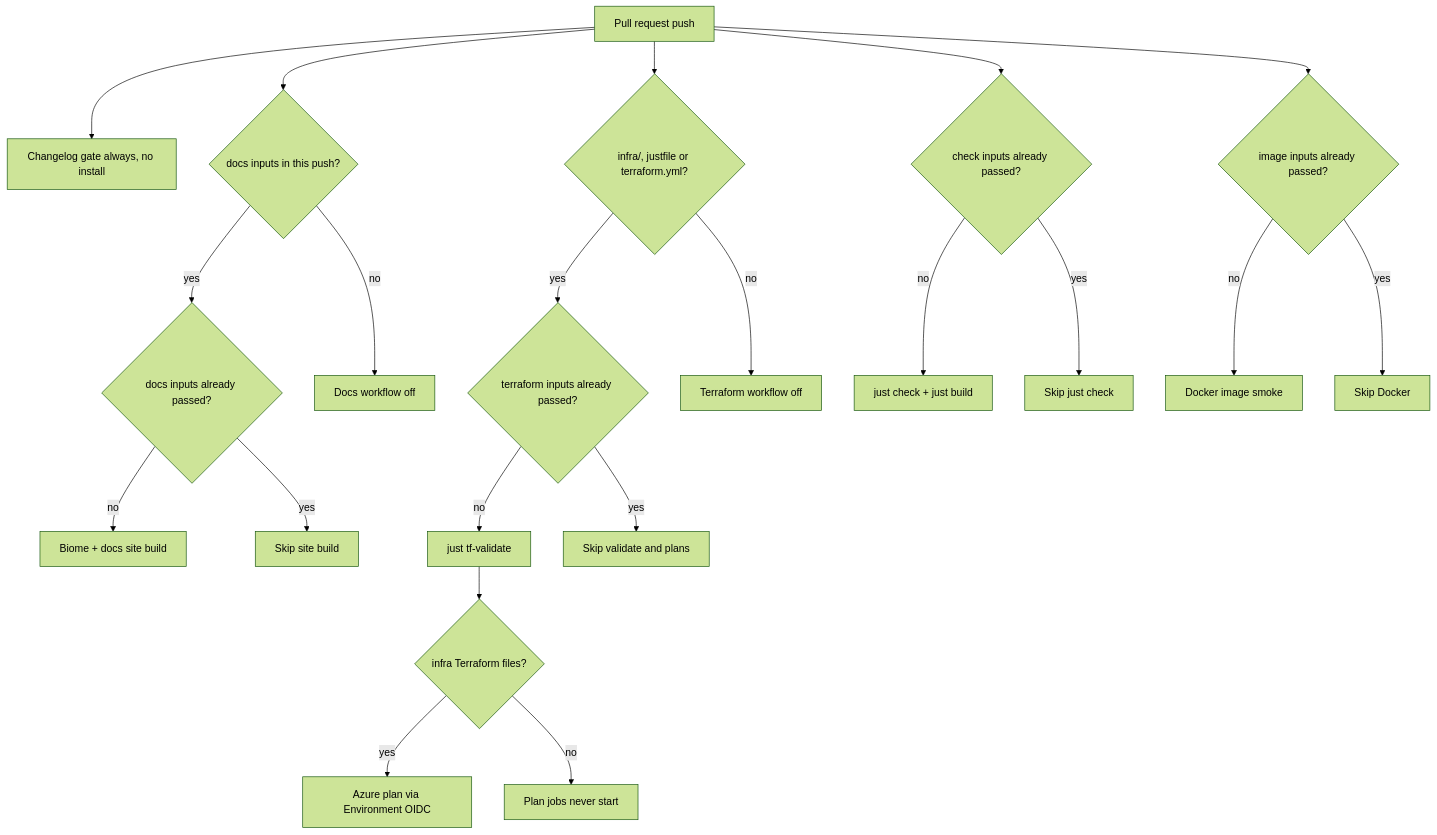
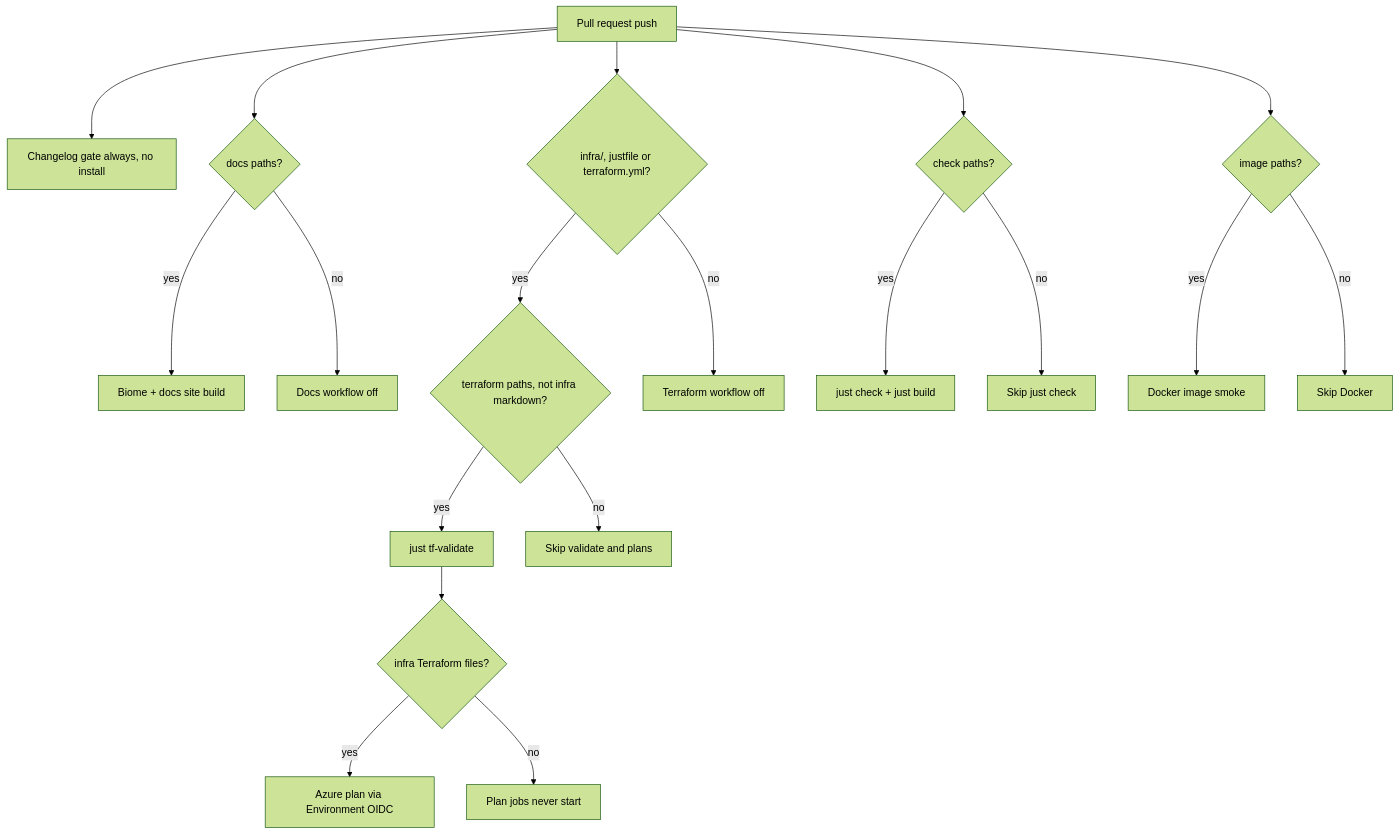
Before and after one commit to pixelbar/pixel: the first of 4 diagrams in docs/runbook.md, drawn with Mermaid (forest theme). The commit also changed other lines of this file and 15 other files, not shown here.

First line of the commit message:
Use dorny/paths-filter to skip expensive CI on markdown-only changes

````diff
--- a/docs/runbook.md
+++ b/docs/runbook.md
@@ -549,24 +549,22 @@
 ```mermaid
 flowchart TD
   pr[Pull request push]
   pr --> clog[Changelog gate always, no install]
-  pr --> docs{"docs inputs in this push?"}
-  docs -->|yes| docsp{"docs inputs already passed?"}
-  docsp -->|no| site[Biome + docs site build]
-  docsp -->|yes| nosite[Skip site build]
+  pr --> docs{"docs paths?"}
+  docs -->|yes| site[Biome + docs site build]
   docs -->|no| nodocs[Docs workflow off]
   pr --> tf{"infra/, justfile or terraform.yml?"}
-  tf -->|yes| tfp{"terraform inputs already passed?"}
-  tfp -->|no| tfval[just tf-validate]
+  tf -->|yes| tffilter{"terraform paths, not infra markdown?"}
+  tffilter -->|yes| tfval[just tf-validate]
   tfval --> tffiles{"infra Terraform files?"}
   tffiles -->|yes| azplan[Azure plan via Environment OIDC]
   tffiles -->|no| noaz[Plan jobs never start]
-  tfp -->|yes| notfrun[Skip validate and plans]
+  tffilter -->|no| notfrun[Skip validate and plans]
   tf -->|no| notf[Terraform workflow off]
-  pr --> checkp{"check inputs already passed?"}
-  checkp -->|no| check["just check + just build"]
-  checkp -->|yes| nocheck[Skip just check]
-  pr --> imagep{"image inputs already passed?"}
-  imagep -->|no| docker[Docker image smoke]
-  imagep -->|yes| nodocker[Skip Docker]
+  pr --> checkp{"check paths?"}
+  checkp -->|yes| check["just check + just build"]
+  checkp -->|no| nocheck[Skip just check]
+  pr --> imagep{"image paths?"}
+  imagep -->|yes| docker[Docker image smoke]
+  imagep -->|no| nodocker[Skip Docker]
 ```
````
